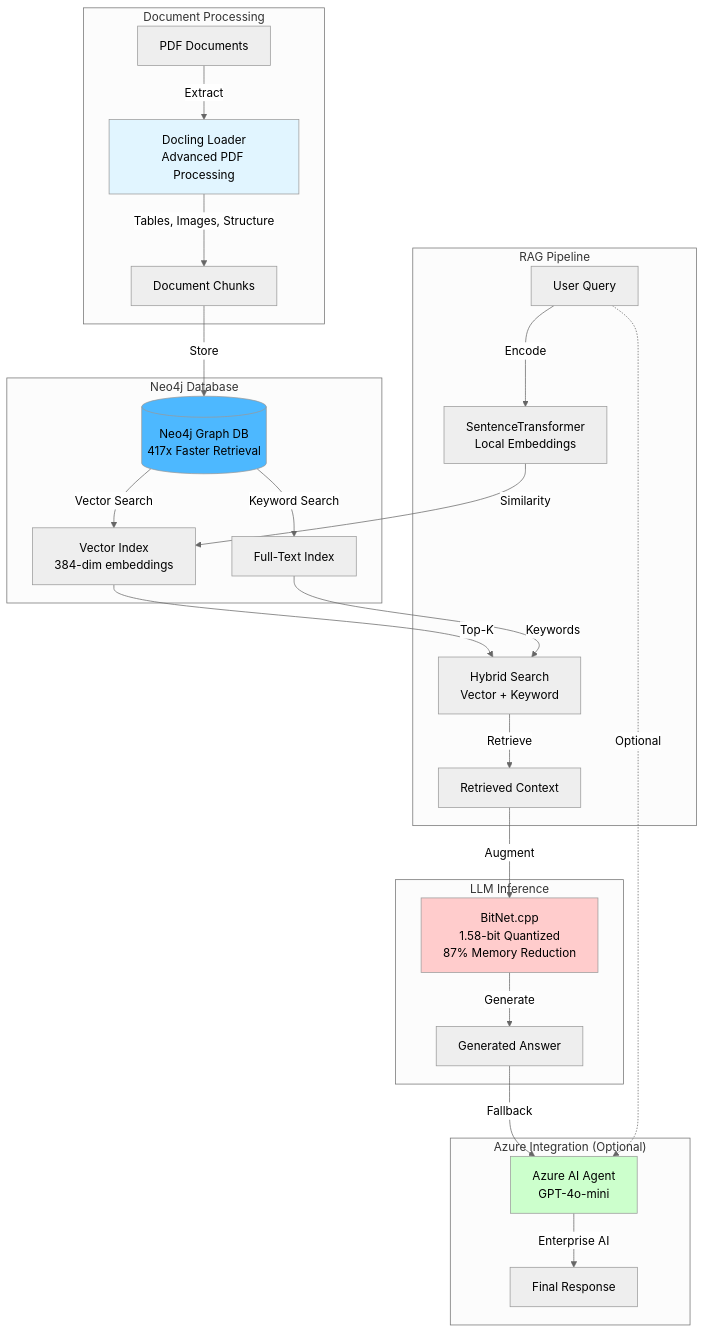
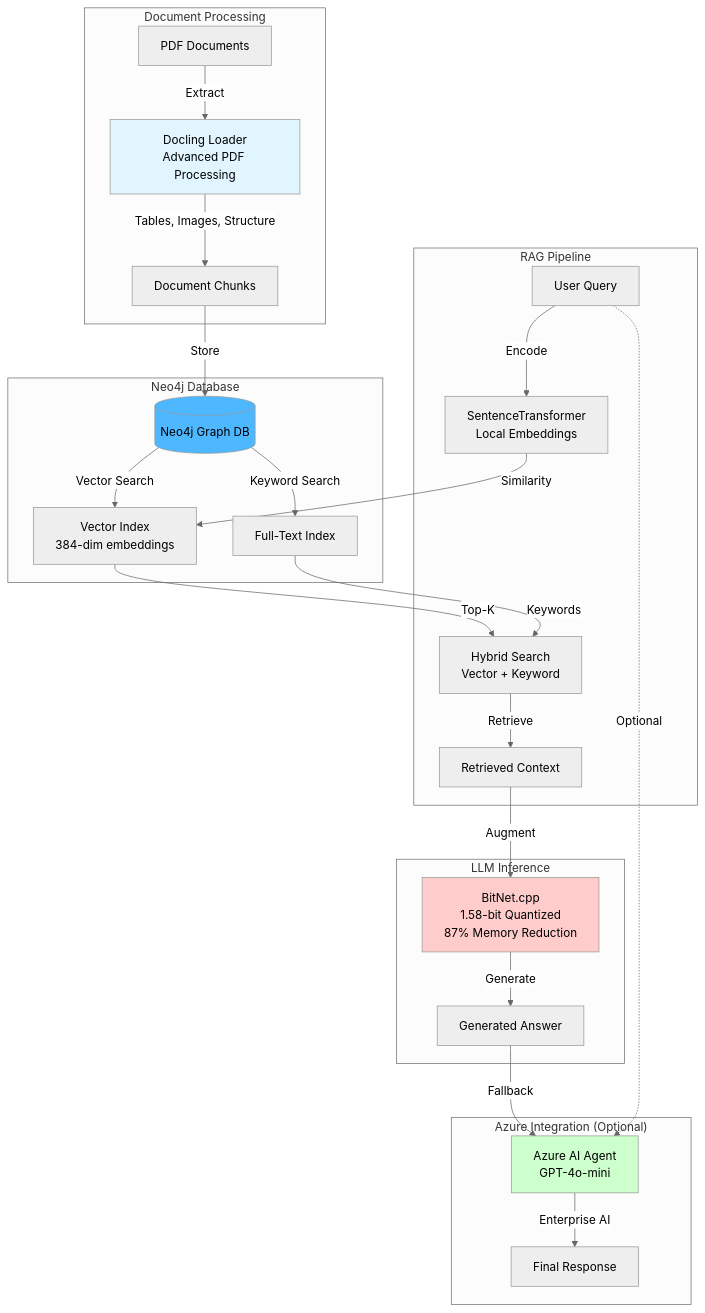
Before and after one commit to ma3u/neo4j-agentframework: the diagram in README.md, drawn with Mermaid (neutral theme). The commit also changed other lines of this file and 2 other files, not shown here.

````diff
--- a/README.md
+++ b/README.md
@@ -18,46 +18,46 @@
 ```mermaid
 graph TB
     subgraph "Document Processing"
         PDF[PDF Documents]
         Docling[Docling Loader<br/>Advanced PDF Processing]
         PDF -->|Extract| Docling
         Docling -->|Tables, Images, Structure| Chunks[Document Chunks]
     end
 
     subgraph "Neo4j Database"
-        Neo4j[(Neo4j Graph DB<br/>417x Faster Retrieval)]
+        Neo4j[(Neo4j Graph DB)]
         Chunks -->|Store| Neo4j
         Neo4j -->|Vector Search| VectorIdx[Vector Index<br/>384-dim embeddings]
         Neo4j -->|Keyword Search| FullText[Full-Text Index]
     end
 
     subgraph "RAG Pipeline"
         Query[User Query]
         Embed[SentenceTransformer<br/>Local Embeddings]
         Search[Hybrid Search<br/>Vector + Keyword]
         Query -->|Encode| Embed
         Embed -->|Similarity| VectorIdx
         Search -->|Retrieve| Context[Retrieved Context]
         VectorIdx -->|Top-K| Search
         FullText -->|Keywords| Search
     end
 
     subgraph "LLM Inference"
         BitNet[BitNet.cpp<br/>1.58-bit Quantized<br/>87% Memory Reduction]
         Context -->|Augment| BitNet
         BitNet -->|Generate| Answer[Generated Answer]
     end
 
     subgraph "Azure Integration (Optional)"
         Agent[Azure AI Agent<br/>GPT-4o-mini]
         Answer -->|Fallback| Agent
         Agent -->|Enterprise AI| Response[Final Response]
     end
 
     Query -.->|Optional| Agent
 
     style Docling fill:#e1f5ff
     style Neo4j fill:#4db8ff
     style BitNet fill:#ffcccc
     style Agent fill:#ccffcc
 ```
````
